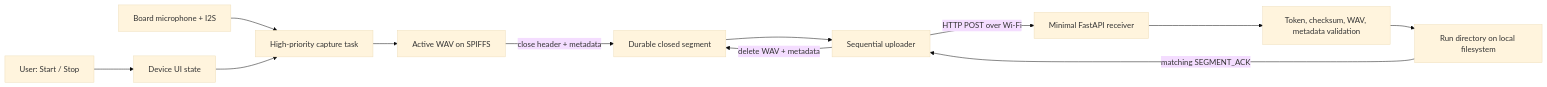
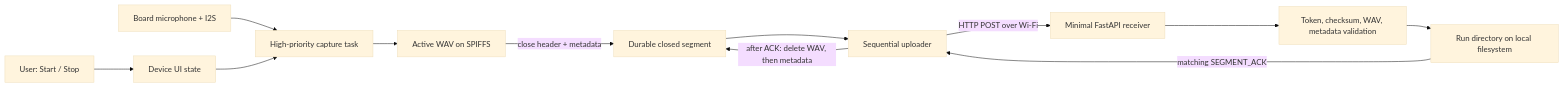
The first of 2 diagrams in docs/design.md (KevinZhu333/Demo_UD_ESP32_S3_Touch_AMOLED_1.75C), drawn with Mermaid (base theme) before and after one commit. The commit also changed other lines of this file and 7 other files, not shown here.

````diff
--- a/docs/design.md
+++ b/docs/design.md
@@ -43,14 +43,14 @@
 ```mermaid
 flowchart LR
     U["User: Start / Stop"] --> UI["Device UI state"]
     MIC["Board microphone + I2S"] --> CAP["High-priority capture task"]
     UI --> CAP
     CAP --> ACTIVE["Active WAV on SPIFFS"]
     ACTIVE -->|"close header + metadata"| CLOSED["Durable closed segment"]
     CLOSED --> Q["Sequential uploader"]
     Q -->|"HTTP POST over Wi-Fi"| API["Minimal FastAPI receiver"]
     API --> VAL["Token, checksum, WAV, metadata validation"]
     VAL --> STORE["Run directory on local filesystem"]
     STORE -->|"matching SEGMENT_ACK"| Q
-    Q -->|"delete WAV + metadata"| CLOSED
+    Q -->|"after ACK: delete WAV, then metadata"| CLOSED
 ```
````
